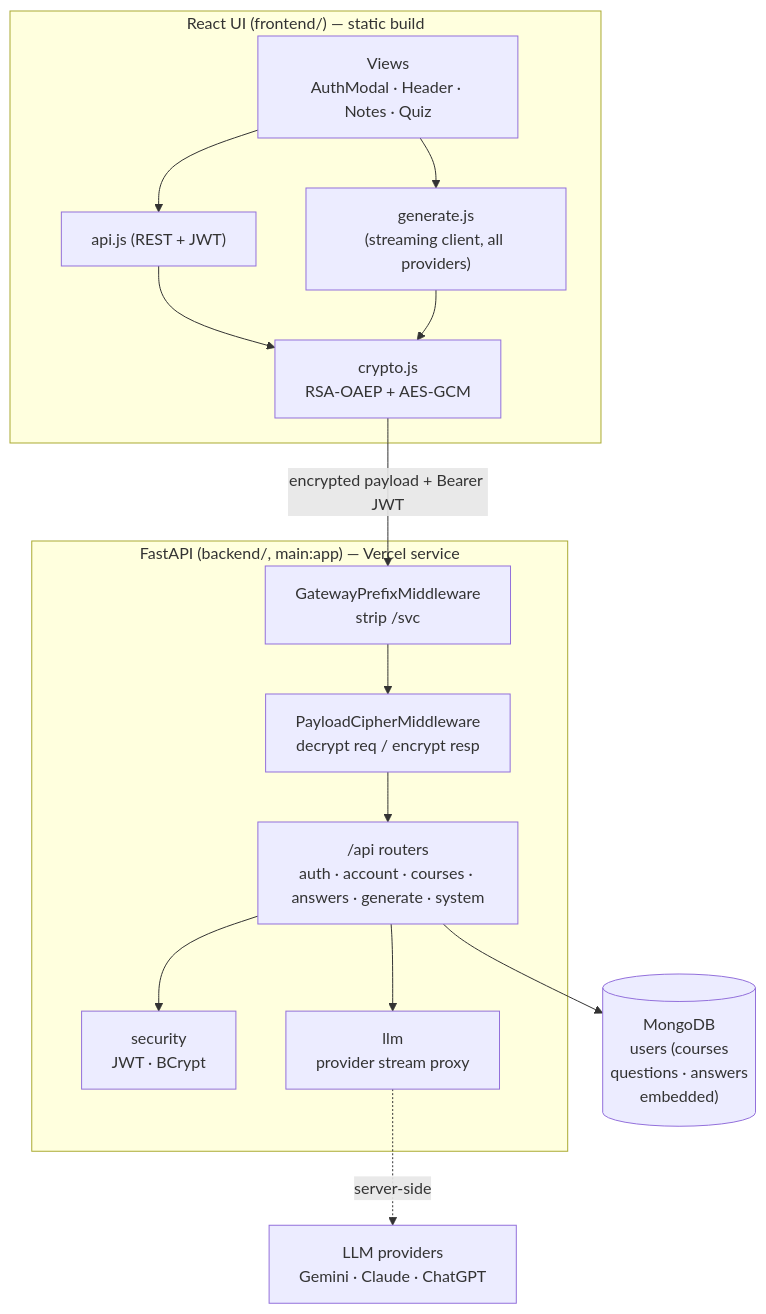
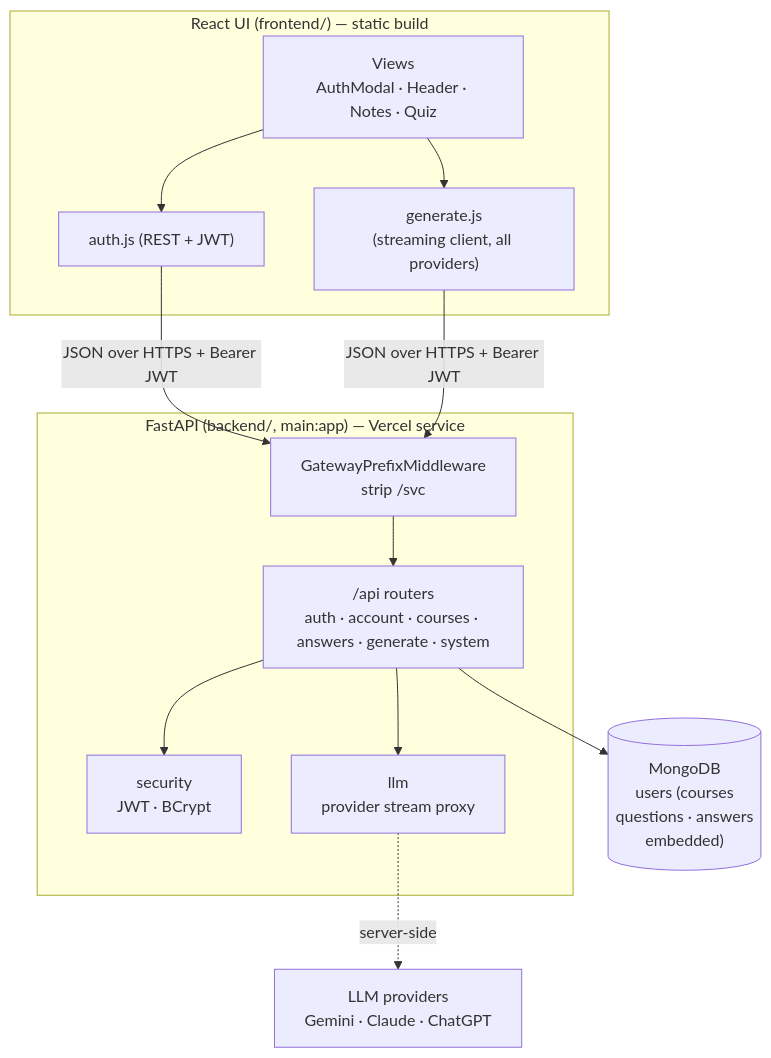
One commit to rishabh750/quiz changed the first of 4 diagrams in docs/ARCHITECTURE.md. Above: the diagram before and after it, drawn with Mermaid. The commit also changed other lines of this file and 12 other files, not shown here.

````diff
--- a/docs/ARCHITECTURE.md
+++ b/docs/ARCHITECTURE.md
@@ -9,28 +9,27 @@
 ```mermaid
 graph TB
   subgraph UI["React UI (frontend/) — static build"]
     V["Views<br/>AuthModal · Header · Notes · Quiz"]
-    API["api.js (REST + JWT)"]
-    CR["crypto.js<br/>RSA-OAEP + AES-GCM"]
+    API["auth.js (REST + JWT)"]
     LLM["generate.js<br/>(streaming client, all providers)"]
-    V --> API --> CR
-    V --> LLM --> CR
+    V --> API
+    V --> LLM
   end
 
   subgraph Backend["FastAPI (backend/, main:app) — Vercel service"]
     GW["GatewayPrefixMiddleware<br/>strip /svc"]
-    MW["PayloadCipherMiddleware<br/>decrypt req / encrypt resp"]
     R["/api routers<br/>auth · account · courses · answers · generate · system"]
     SEC["security<br/>JWT · BCrypt"]
     PROXY["llm<br/>provider stream proxy"]
-    GW --> MW --> R --> SEC
+    GW --> R --> SEC
     R --> PROXY
   end
 
   STORE[("MongoDB<br/>users (courses<br/>questions · answers<br/>embedded)")]
   PROV["LLM providers<br/>Gemini · Claude · ChatGPT"]
 
-  CR -->|encrypted payload + Bearer JWT| GW
+  API -->|JSON over HTTPS + Bearer JWT| GW
+  LLM -->|JSON over HTTPS + Bearer JWT| GW
   R --> STORE
   PROXY -.server-side.-> PROV
 ```
````
